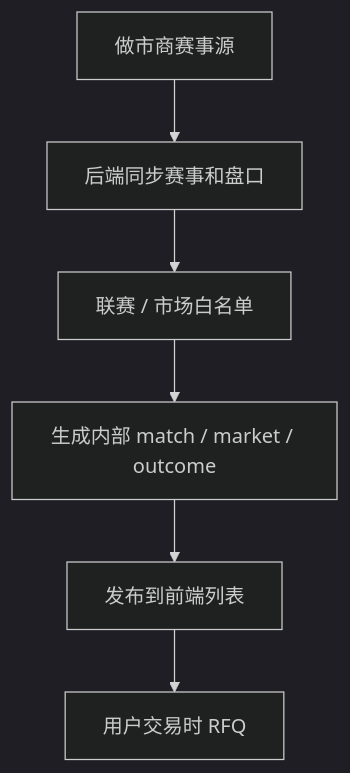
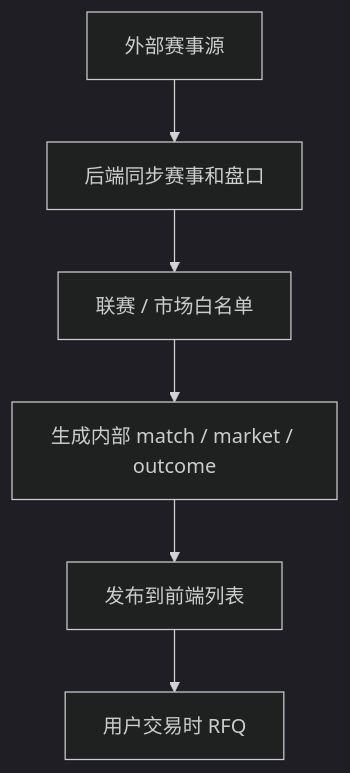
One commit to Errance/TurboFlow changed the sixth of 6 diagrams in Stake足球盘口研究/04_正式产品文档/TurboFlow足球RFQ预测交易市场产品需求文档_v7.0.md. Above: the diagram before and after it, drawn with Mermaid (dark theme). The commit also changed other lines of this file and 2 other files, not shown here.

````diff
--- a/Stake足球盘口研究/04_正式产品文档/TurboFlow足球RFQ预测交易市场产品需求文档_v7.0.md
+++ b/Stake足球盘口研究/04_正式产品文档/TurboFlow足球RFQ预测交易市场产品需求文档_v7.0.md
@@ -319,8 +355,8 @@
 ```mermaid
 flowchart TD
-  provider["做市商赛事源"] --> ingest["后端同步赛事和盘口"]
+  provider["外部赛事源"] --> ingest["后端同步赛事和盘口"]
   ingest --> whitelist["联赛 / 市场白名单"]
   whitelist --> mapping["生成内部 match / market / outcome"]
   mapping --> publish["发布到前端列表"]
   publish --> rfq["用户交易时 RFQ"]
 ```
````
